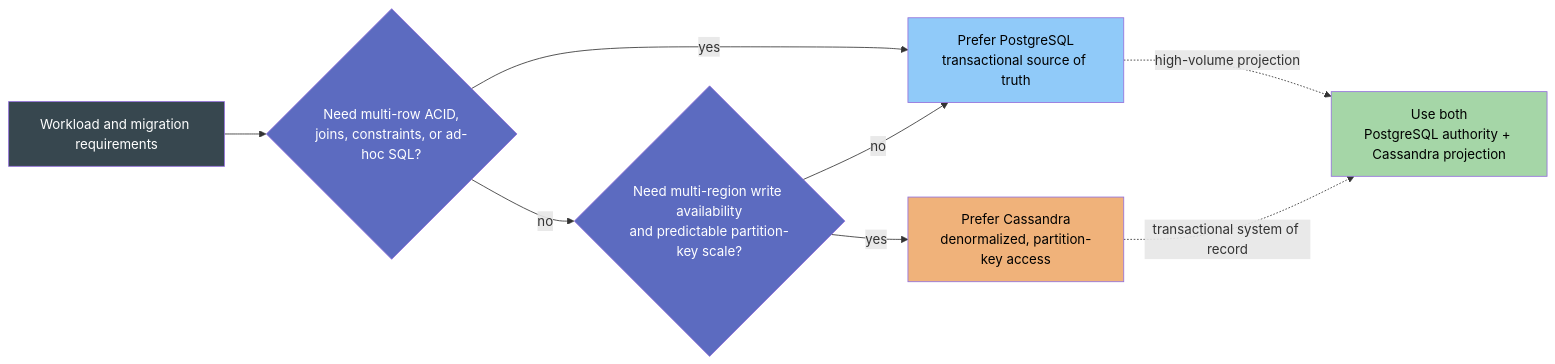
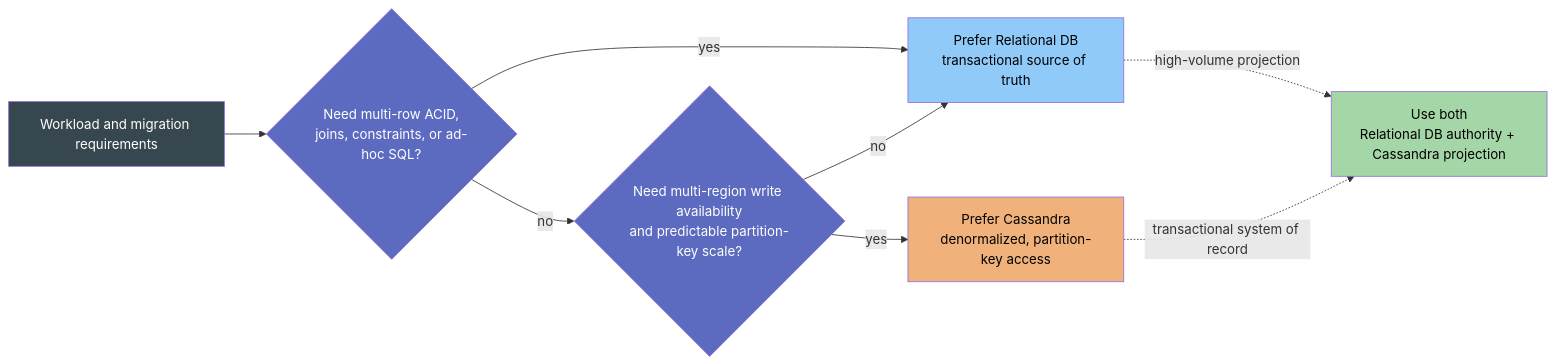
The third of 7 diagrams in architecture-general/04-data-analytics-ai-architecture/01-data-architecture/03-polyglot-persistence.md (gurkanindibay/azure_learning), drawn with Mermaid before and after one commit. The commit also changed other lines of this file, not shown here.

````diff
--- a/architecture-general/04-data-analytics-ai-architecture/01-data-architecture/03-polyglot-persistence.md
+++ b/architecture-general/04-data-analytics-ai-architecture/01-data-architecture/03-polyglot-persistence.md
@@ -218,24 +218,24 @@
 ```mermaid
 flowchart LR
     NEEDS[Workload and migration requirements]
     ACID{"Need multi-row ACID,<br/>joins, constraints, or ad-hoc SQL?"}
     SCALE{"Need multi-region write availability<br/>and predictable partition-key scale?"}
-    PG[Prefer PostgreSQL<br/>transactional source of truth]
+    PG[Prefer Relational DB<br/>transactional source of truth]
     CASS[Prefer Cassandra<br/>denormalized, partition-key access]
-    HYBRID[Use both<br/>PostgreSQL authority + Cassandra projection]
+    HYBRID[Use both<br/>Relational DB authority + Cassandra projection]
 
     NEEDS --> ACID
     ACID -->|yes| PG
     ACID -->|no| SCALE
     SCALE -->|yes| CASS
     SCALE -->|no| PG
     PG -. high-volume projection .-> HYBRID
     CASS -. transactional system of record .-> HYBRID
 
     style NEEDS fill:#37474f,color:#fff
     style ACID fill:#5c6bc0,color:#fff
     style SCALE fill:#5c6bc0,color:#fff
     style PG fill:#90caf9,color:#000
     style CASS fill:#f0b27a,color:#000
     style HYBRID fill:#a5d6a7,color:#000
 ```
````
